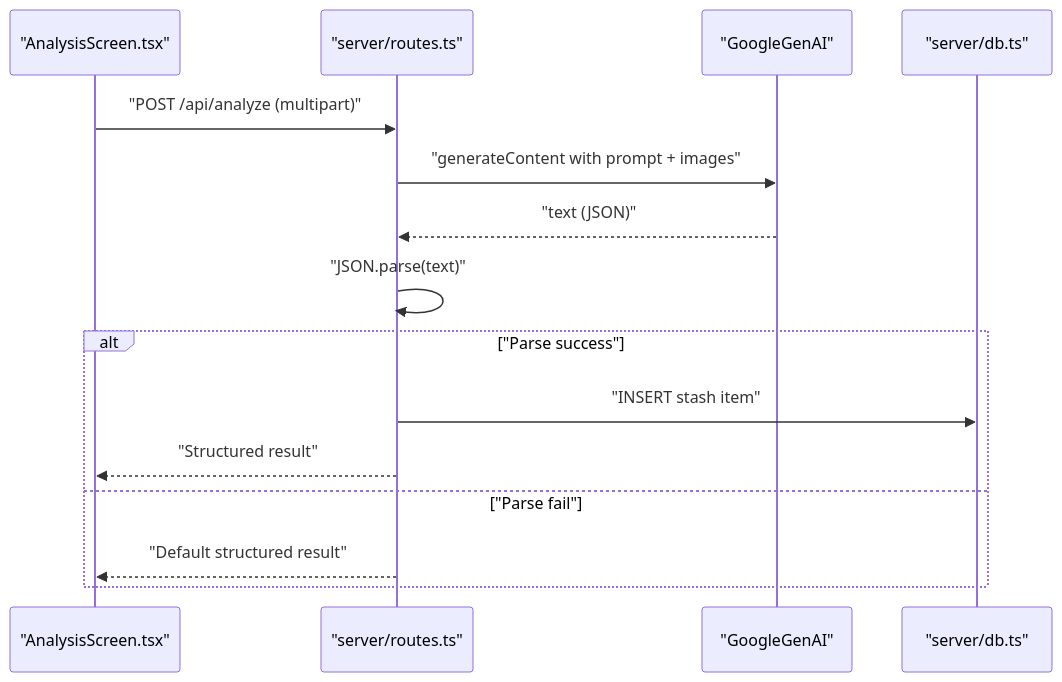
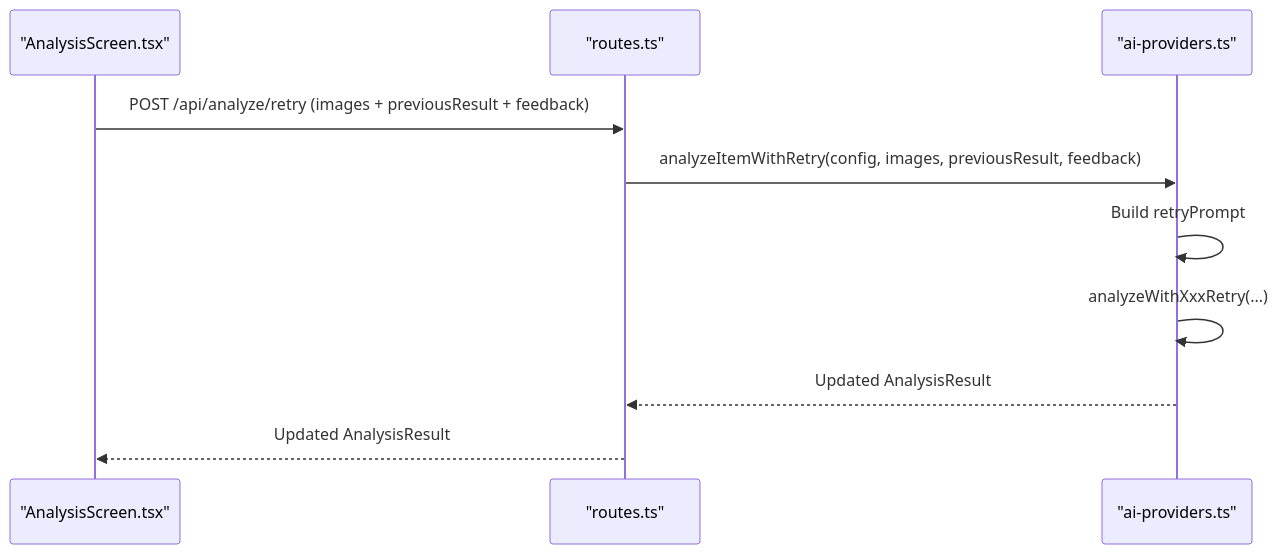
One commit to hunglevi87/Hidden-Gem changed the fifth of 9 diagrams in .qoder/repowiki/en/content/AI Integration/AI Integration.md. Above: the diagram before and after it, drawn with Mermaid. The commit also changed other lines of this file and 99 other files, not shown here.

````diff
--- a/.qoder/repowiki/en/content/AI Integration/AI Integration.md
+++ b/.qoder/repowiki/en/content/AI Integration/AI Integration.md
@@ -227,17 +192,12 @@
 ```mermaid
 sequenceDiagram
 participant UI as "AnalysisScreen.tsx"
-participant S as "server/routes.ts"
-participant G as "GoogleGenAI"
-participant D as "server/db.ts"
-UI->>S : "POST /api/analyze (multipart)"
-S->>G : "generateContent with prompt + images"
-G-->>S : "text (JSON)"
-S->>S : "JSON.parse(text)"
-alt "Parse success"
-S->>D : "INSERT stash item"
-S-->>UI : "Structured result"
-else "Parse fail"
-S-->>UI : "Default structured result"
-end
+participant API as "routes.ts"
+participant Prov as "ai-providers.ts"
+UI->>API : POST /api/analyze/retry (images + previousResult + feedback)
+API->>Prov : analyzeItemWithRetry(config, images, previousResult, feedback)
+Prov->>Prov : Build retryPrompt
+Prov->>Prov : analyzeWithXxxRetry(...)
+Prov-->>API : Updated AnalysisResult
+API-->>UI : Updated AnalysisResult
 ```
````
